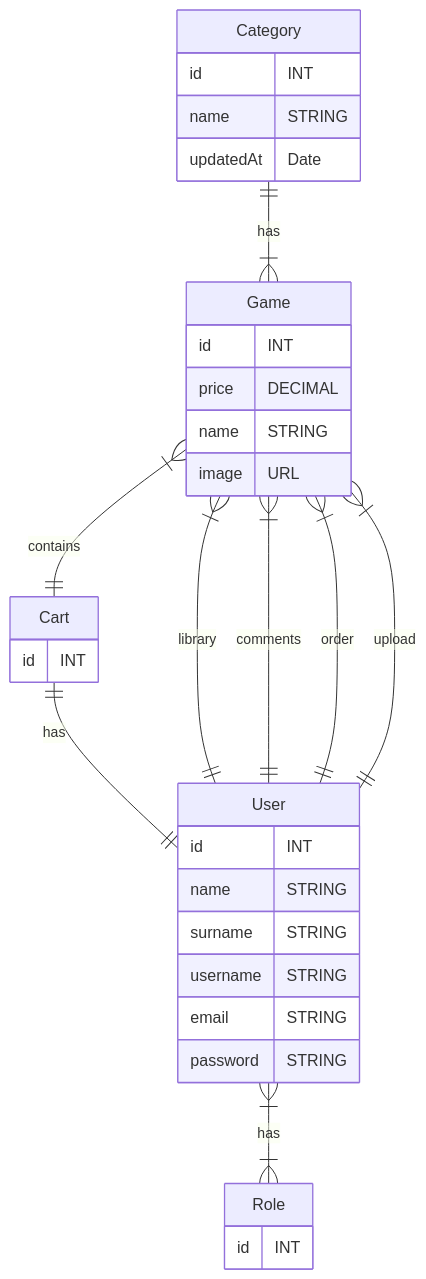
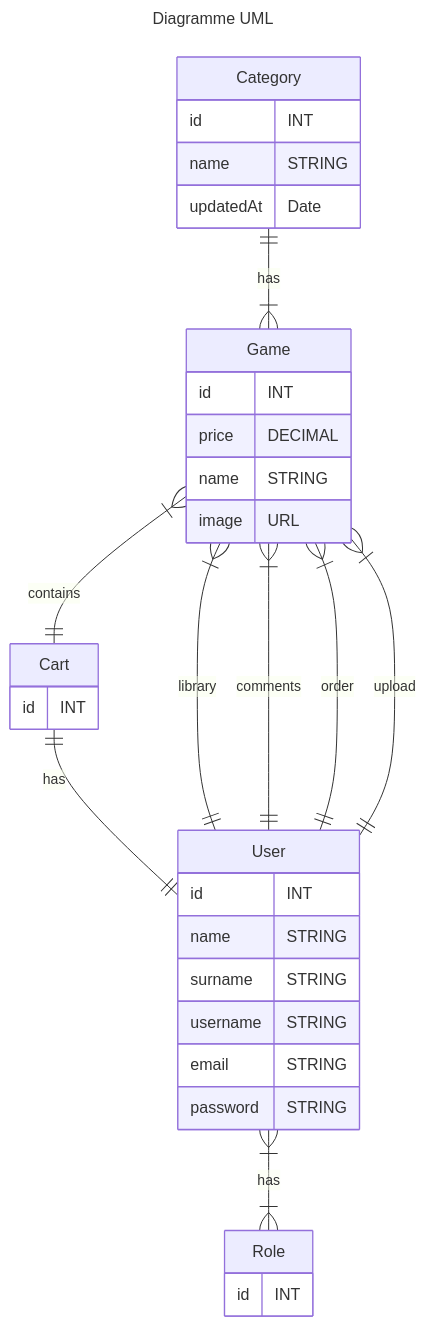
One commit to JameS-Gmz/api-Rest changed the second of 2 diagrams in README.md. Above: the diagram before and after it, drawn with Mermaid. The commit also changed other lines of this file, not shown here.

`````diff
--- a/README.md
+++ b/README.md
@@ -131,55 +136,58 @@
 ````mermaid
+---
+title : Diagramme UML
+---
  erDiagram
  
 Game
 Category
 Cart
 User
 Role
 
 Game{
 id INT
 price DECIMAL
 name STRING
 image URL
 }
 
 Category{
 id INT
 name STRING
 updatedAt Date
 }
 
 Cart{
 id INT
 }
 
 User{
 id INT
 name STRING
 surname STRING
 username STRING
 email STRING
 password STRING
 }
 
 Role{
 id INT 
 }
 
 
 
 User ||--|{ Game : library
 User ||--|{ Game : comments
 User ||--|{ Game : order
 User ||--|{ Game : upload
 
 
 Category ||--|{ Game : has
 
 Game }|--|| Cart : contains
 Cart ||--|| User : has
 
 User }|--|{ Role : has
 
 ````
`````
